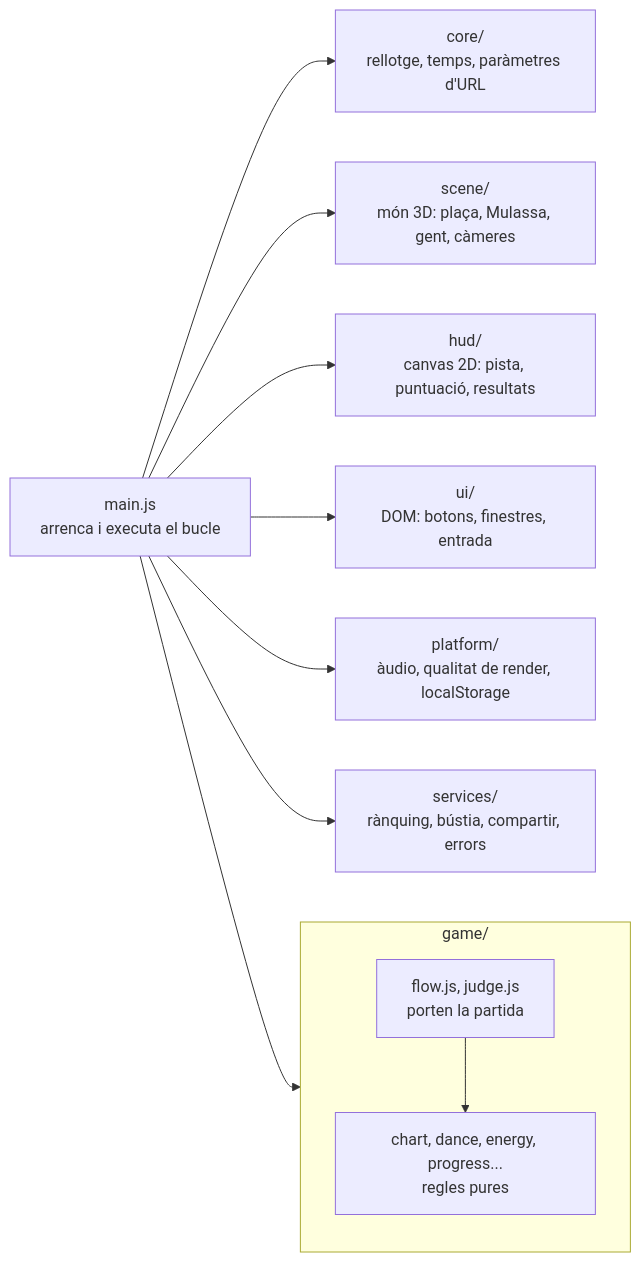
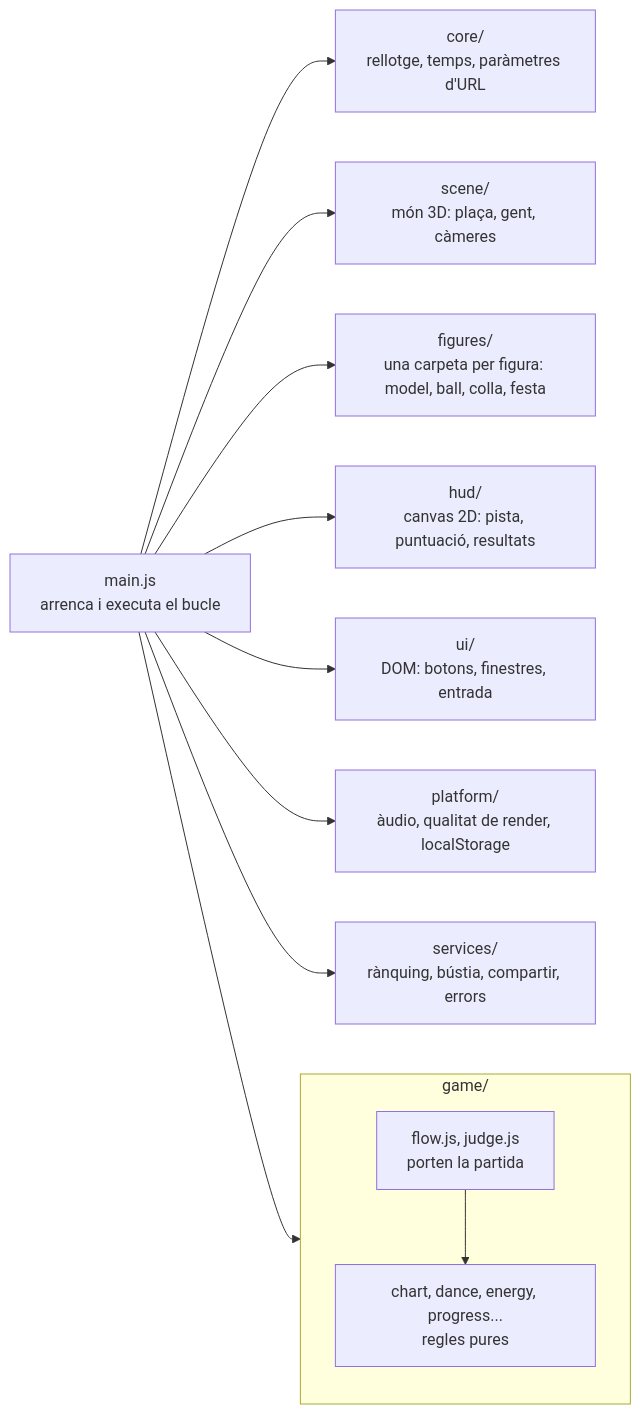
Before and after one commit to mguellsegarra/mulassa-tap-tap-dance: the first of 2 diagrams in README.md, drawn with Mermaid. The commit also changed other lines of this file, not shown here.

Commit message:
docs: update README for 1.1.0 (figures, credits, module diagram, docs index)

````diff
--- a/README.md
+++ b/README.md
@@ -78,16 +78,17 @@
 ```mermaid
 flowchart LR
     main["main.js<br/>arrenca i executa el bucle"]
     core["core/<br/>rellotge, temps, paràmetres d'URL"]
-    scene["scene/<br/>món 3D: plaça, Mulassa, gent, càmeres"]
+    scene["scene/<br/>món 3D: plaça, gent, càmeres"]
+    figures["figures/<br/>una carpeta per figura: model, ball, colla, festa"]
     hud["hud/<br/>canvas 2D: pista, puntuació, resultats"]
     ui["ui/<br/>DOM: botons, finestres, entrada"]
     platform["platform/<br/>àudio, qualitat de render, localStorage"]
     services["services/<br/>rànquing, bústia, compartir, errors"]
     subgraph game["game/"]
         flow["flow.js, judge.js<br/>porten la partida"]
         rules["chart, dance, energy, progress...<br/>regles pures"]
         flow --> rules
     end
-    main --> core & game & scene & hud & ui & platform & services
+    main --> core & game & scene & figures & hud & ui & platform & services
 ```
````
